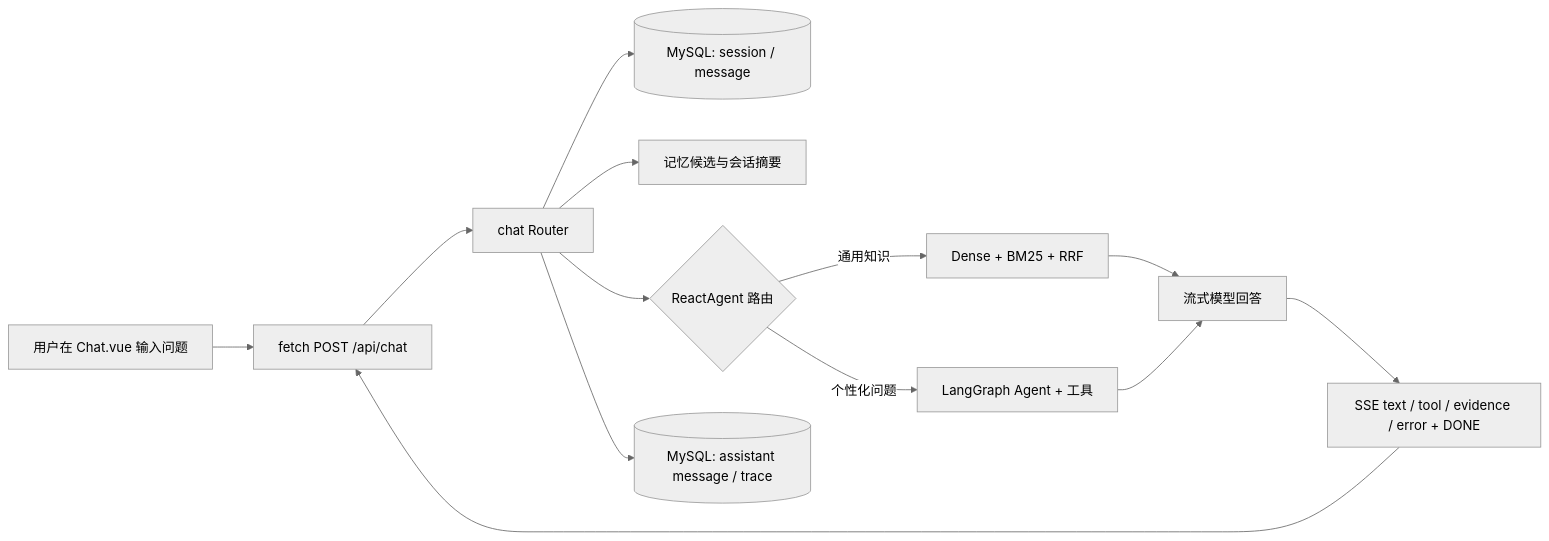
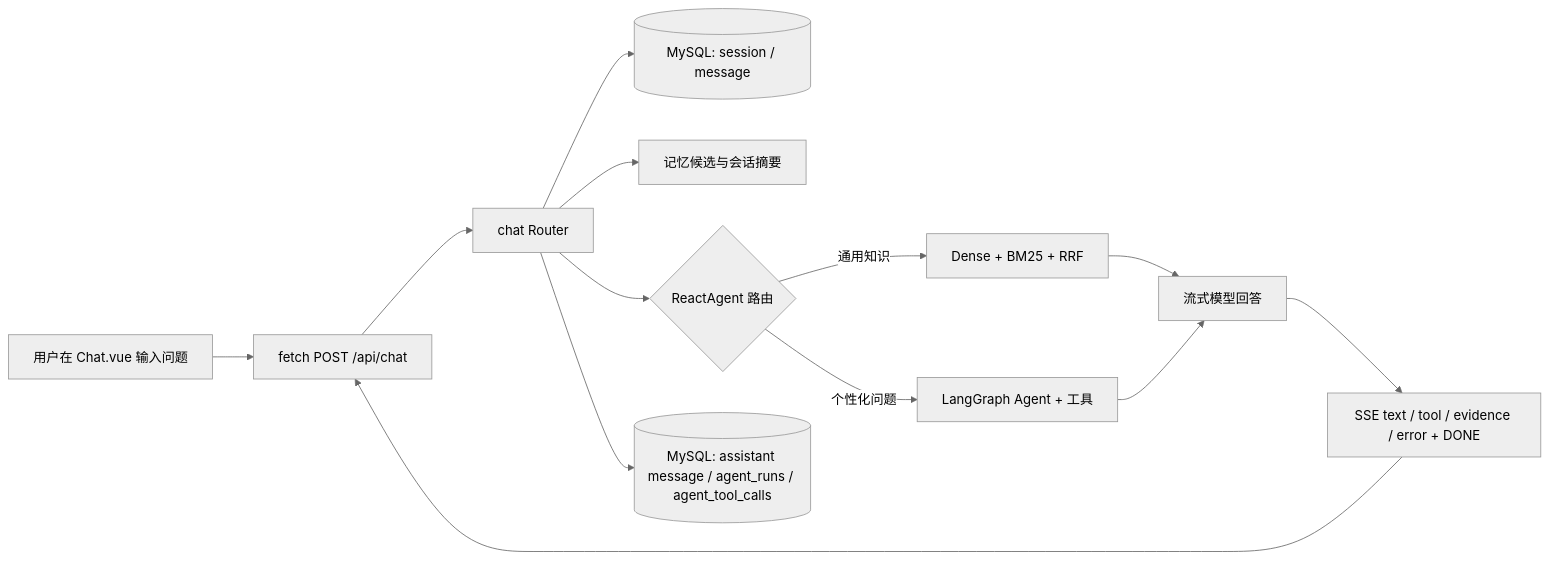
One commit to Leewx-char/FitAgent changed the first of 3 diagrams in docs/learning-guide.md. Above: the diagram before and after it, drawn with Mermaid (neutral theme). The commit also changed other lines of this file and 2 other files, not shown here.

Commit message:
docs: explain local agent run logging

````diff
--- a/docs/learning-guide.md
+++ b/docs/learning-guide.md
@@ -22,15 +22,15 @@
 ```mermaid
 flowchart LR
   U[用户在 Chat.vue 输入问题] --> FE[fetch POST /api/chat]
   FE --> API[chat Router]
   API --> DB1[(MySQL: session / message)]
   API --> MEM[记忆候选与会话摘要]
   API --> A{ReactAgent 路由}
   A -->|通用知识| RAG[Dense + BM25 + RRF]
   A -->|个性化问题| LG[LangGraph Agent + 工具]
   RAG --> LLM[流式模型回答]
   LG --> LLM
   LLM --> SSE[SSE text / tool / evidence / error + DONE]
   SSE --> FE
-  API --> DB2[(MySQL: assistant message / trace)]
+  API --> DB2[(MySQL: assistant message / agent_runs / agent_tool_calls)]
 ```
````
